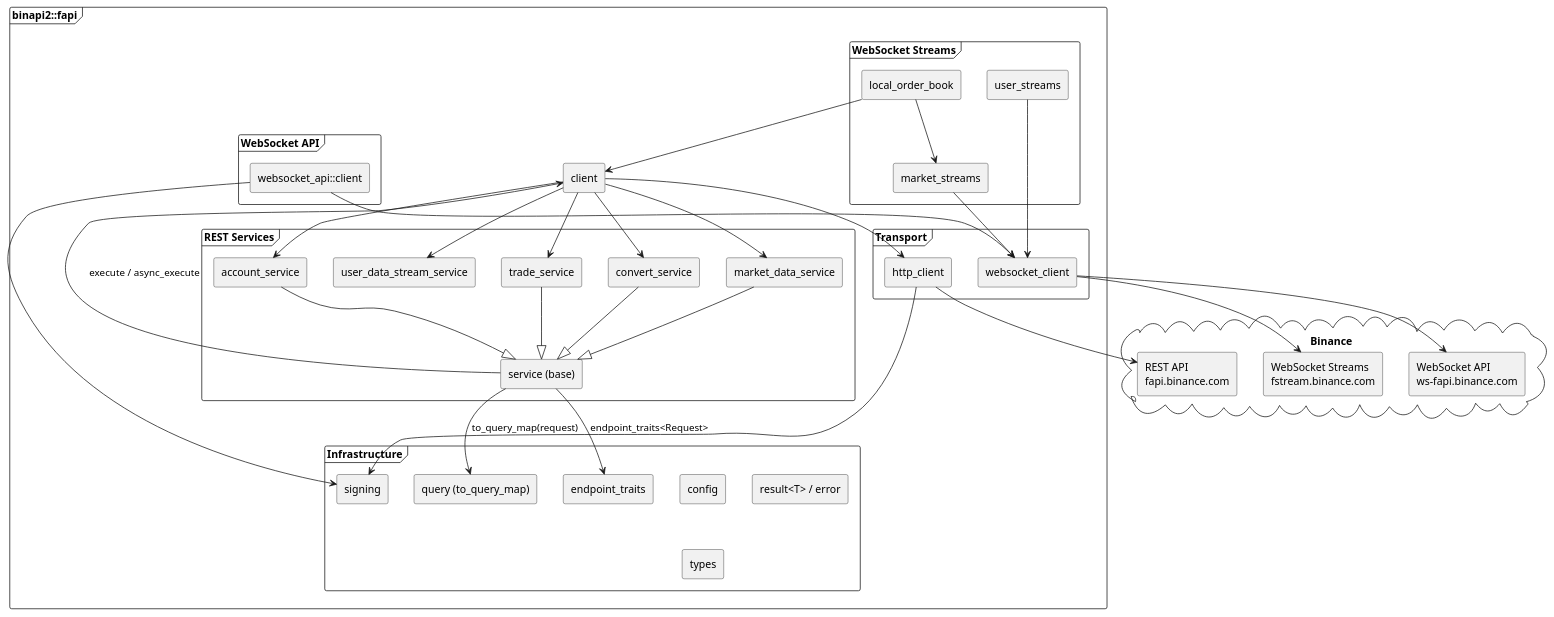
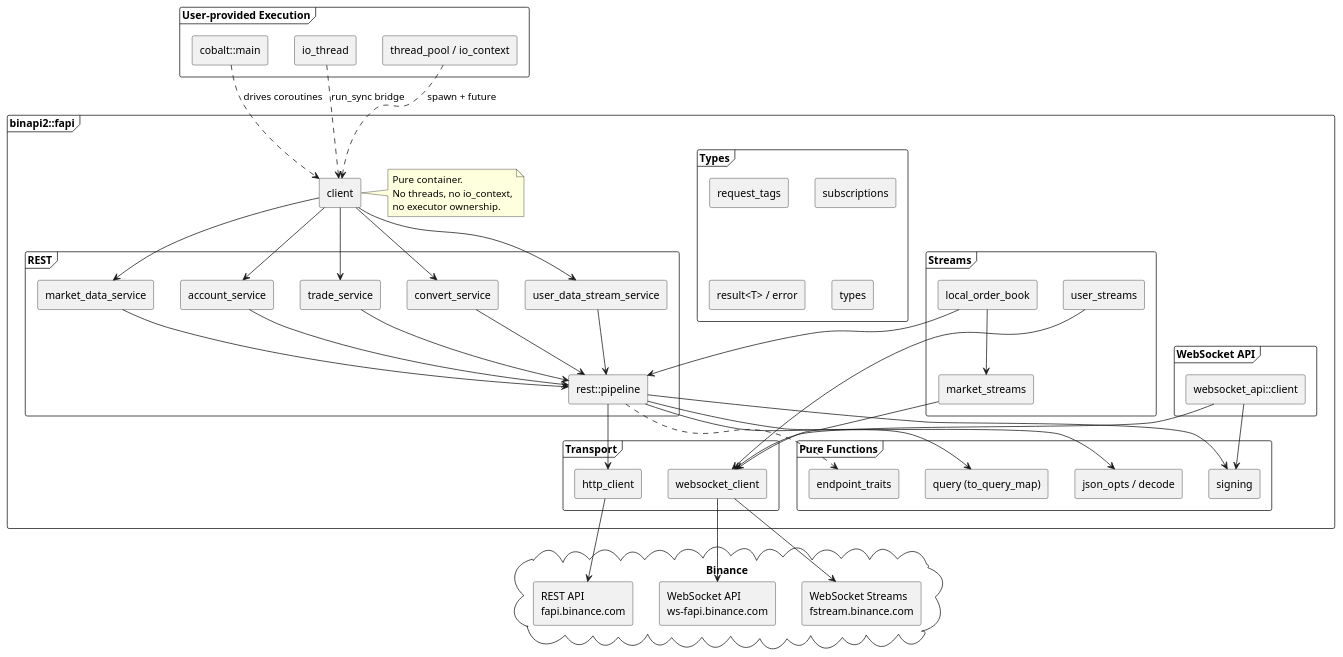
Before and after one commit to agutikov/binapi: the first of 9 diagrams in docs/binapi2/DESIGN.md, drawn with PlantUML. The commit also changed other lines of this file and 7 other files, not shown here.

````diff
--- a/docs/binapi2/DESIGN.md
+++ b/docs/binapi2/DESIGN.md
@@ -14,9 +14,10 @@
 package "binapi2::fapi" {
 
   [client] as CLI
+  note right of CLI : Pure container.\nNo threads, no io_context,\nno executor ownership.
 
-  package "REST Services" {
-    [service (base)] as SVC
+  package "REST" {
+    [rest::pipeline] as PIP
     [market_data_service] as MDS
     [account_service] as ACS
     [trade_service] as TRS
@@ -24,14 +25,14 @@
     [user_data_stream_service] as UDS
   }
 
-  package "WebSocket Streams" {
+  package "WebSocket API" {
+    [websocket_api::client] as WSA
+  }
+
+  package "Streams" {
     [market_streams] as MS
     [user_streams] as US
     [local_order_book] as LOB
-  }
-
-  package "WebSocket API" {
-    [websocket_api::client] as WSA
   }
 
   package "Transport" {
@@ -39,14 +40,25 @@
     [websocket_client] as WS
   }
 
-  package "Infrastructure" {
-    [config] as CFG
+  package "Pure Functions" {
     [signing] as SIGN
     [query (to_query_map)] as QRY
+    [json_opts / decode] as DEC
     [endpoint_traits] as ET
+  }
+
+  package "Types" {
+    [request_tags] as RTAG
+    [subscriptions] as SUB
     [result<T> / error] as RES
     [types] as TYP
   }
+}
+
+package "User-provided Execution" {
+  [cobalt::main] as CMAIN
+  [io_thread] as IOT
+  [thread_pool / io_context] as POOL
 }
 
 cloud "Binance" {
@@ -55,10 +67,11 @@
   [WebSocket API\nws-fapi.binance.com] as BWSAPI
 }
 
-MDS --|> SVC
-ACS --|> SVC
-TRS --|> SVC
-CVS --|> SVC
+MDS --> PIP
+ACS --> PIP
+TRS --> PIP
+CVS --> PIP
+UDS --> PIP
 
 CLI --> MDS
 CLI --> ACS
@@ -66,22 +79,26 @@
 CLI --> CVS
 CLI --> UDS
 
-SVC --> CLI : execute / async_execute
-SVC --> ET : endpoint_traits<Request>
-SVC --> QRY : to_query_map(request)
+PIP --> HTTP
+PIP --> SIGN
+PIP --> QRY
+PIP --> DEC
+PIP ..> ET
 
-CLI --> HTTP
 WSA --> WS
+WSA --> SIGN
 
 MS --> WS
 US --> WS
 LOB --> MS
-LOB --> CLI
+LOB --> PIP
 
-HTTP --> SIGN
-WSA --> SIGN
 HTTP --> BREST
 WS --> BSTREAM
 WS --> BWSAPI
+
+CMAIN ..> CLI : drives coroutines
+IOT ..> CLI : run_sync bridge
+POOL ..> CLI : spawn + future
 @enduml
 ```
````
